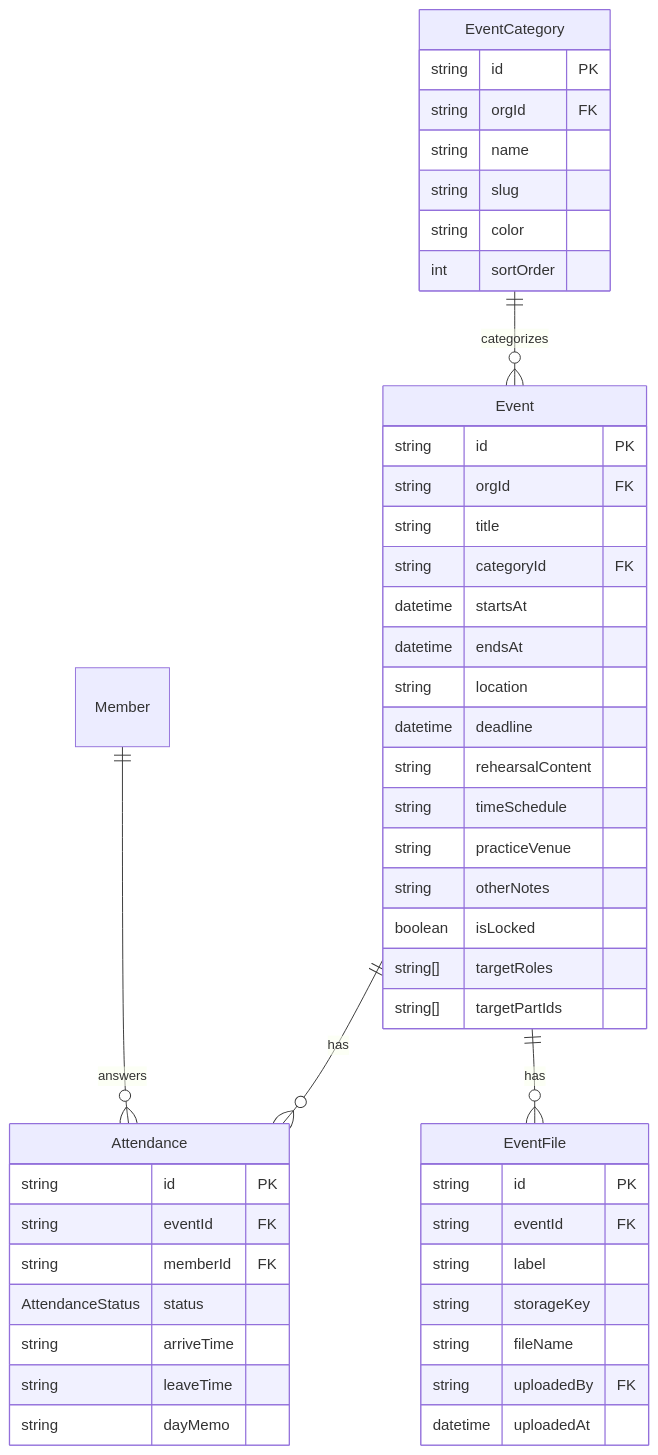
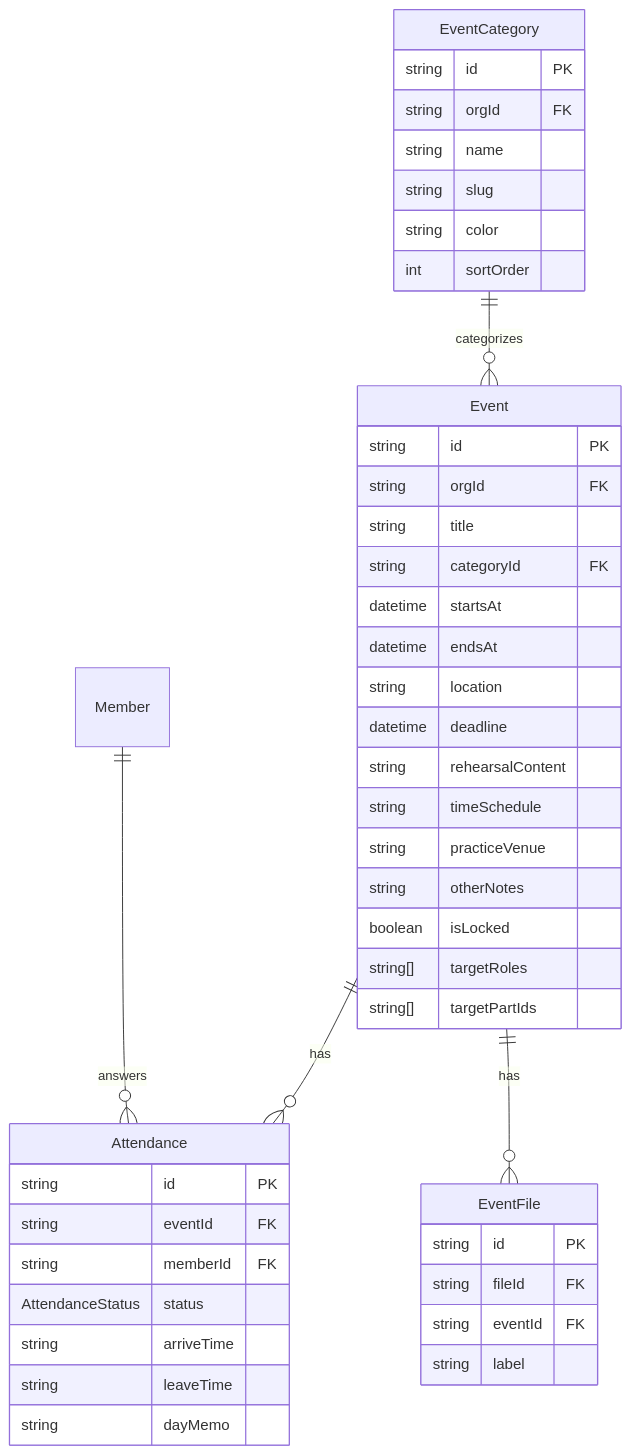
Before and after one commit to Genki1019/choirhub: the third of 8 diagrams in docs/database.md, drawn with Mermaid. The commit also changed other lines of this file and 41 other files, not shown here.

````diff
--- a/docs/database.md
+++ b/docs/database.md
@@ -146,51 +152,48 @@
 ```mermaid
 erDiagram
     EventCategory {
         string id PK
         string orgId FK
         string name
         string slug
         string color
         int    sortOrder
     }
     Event {
         string    id PK
         string    orgId FK
         string    title
         string    categoryId FK
         datetime  startsAt
         datetime  endsAt
         string    location
         datetime  deadline
         string    rehearsalContent
         string    timeSchedule
         string    practiceVenue
         string    otherNotes
         boolean   isLocked
         string[]  targetRoles
         string[]  targetPartIds
     }
     Attendance {
         string           id PK
         string           eventId FK
         string           memberId FK
         AttendanceStatus status
         string           arriveTime
         string           leaveTime
         string           dayMemo
     }
     EventFile {
-        string   id PK
-        string   eventId FK
-        string   label
-        string   storageKey
-        string   fileName
-        string   uploadedBy FK
-        datetime uploadedAt
+        string id PK
+        string fileId FK
+        string eventId FK
+        string label
     }
 
     EventCategory ||--o{ Event      : "categorizes"
     Event         ||--o{ Attendance : "has"
     Member        ||--o{ Attendance : "answers"
     Event         ||--o{ EventFile  : "has"
 ```
````
